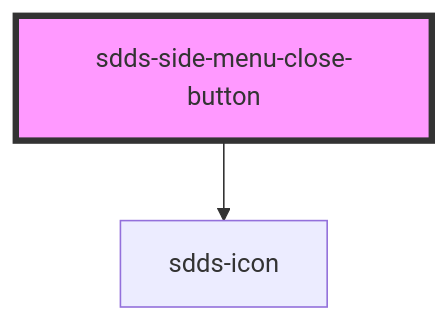
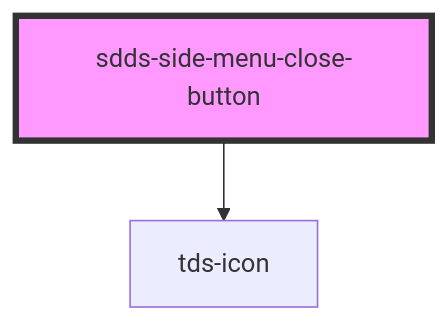
Before and after one commit to scania-digital-design-system/tegel: the diagram in core/src/components/side-menu/webcomponent/side-menu-close-button/readme.md, drawn with Mermaid. The commit also changed other lines of this file and 75 other files, not shown here.

````diff
--- a/core/src/components/side-menu/webcomponent/side-menu-close-button/readme.md
+++ b/core/src/components/side-menu/webcomponent/side-menu-close-button/readme.md
@@ -21,5 +21,5 @@
 ```mermaid
 graph TD;
-  sdds-side-menu-close-button --> sdds-icon
+  sdds-side-menu-close-button --> tds-icon
   style sdds-side-menu-close-button fill:#f9f,stroke:#333,stroke-width:4px
 ```
````
